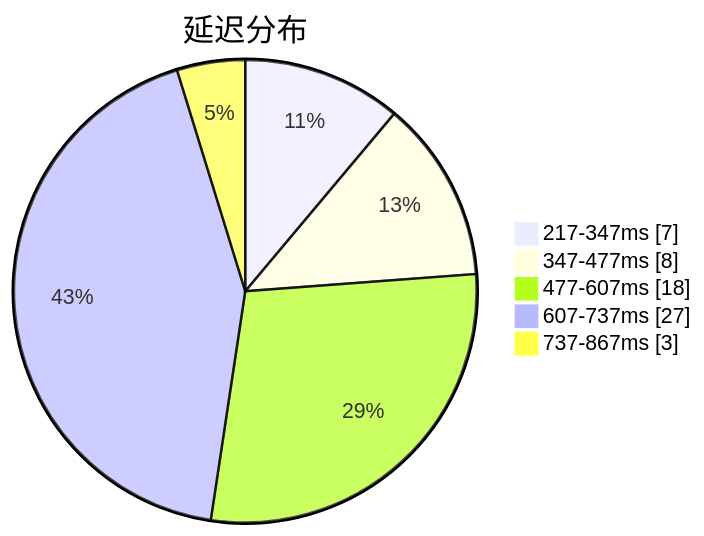
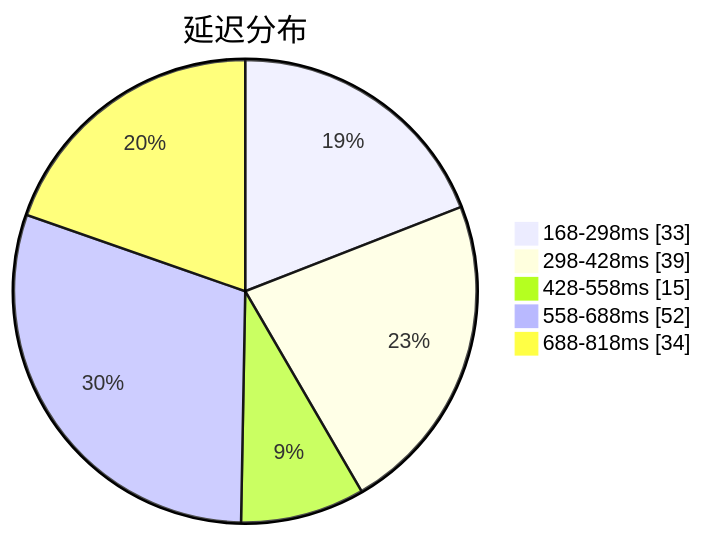
One commit to qjlxg/airport changed the first of 3 diagrams in subs/statistics/tested_within.md. Above: the diagram before and after it, drawn with Mermaid. The commit also changed other lines of this file and 2 other files, not shown here.

Commit message:
Tested by metaST

````diff
--- a/subs/statistics/tested_within.md
+++ b/subs/statistics/tested_within.md
@@ -2,9 +2,9 @@
 ```mermaid
 pie showData
 title 延迟分布
-"217-347ms" : 7
-"347-477ms" : 8
-"477-607ms" : 18
-"607-737ms" : 27
-"737-867ms" : 3
+"168-298ms" : 33
+"298-428ms" : 39
+"428-558ms" : 15
+"558-688ms" : 52
+"688-818ms" : 34
 ```
````
